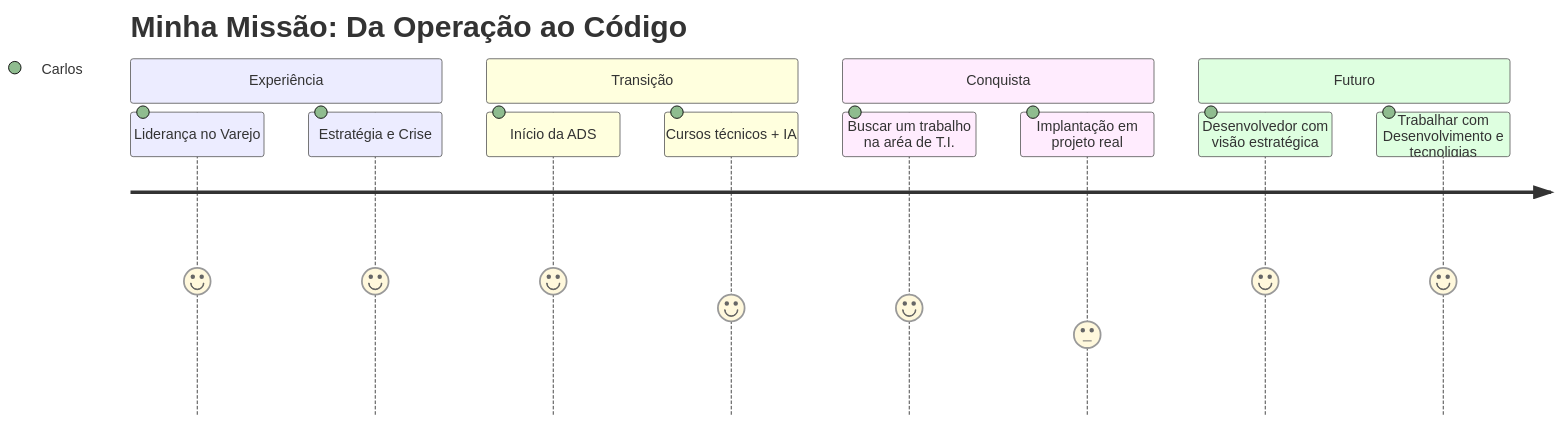
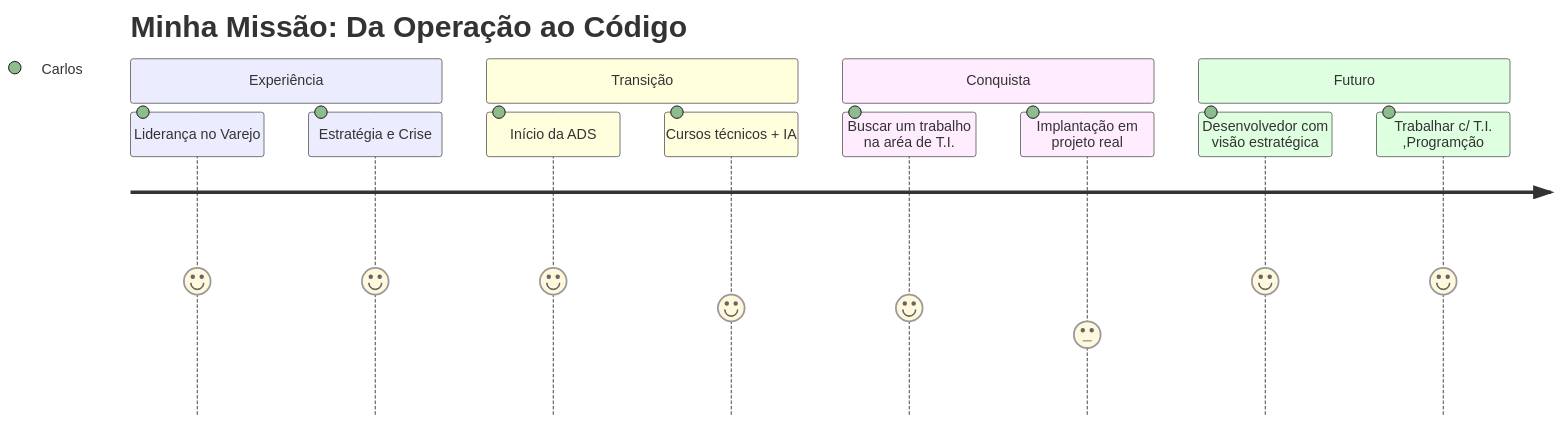
One commit to KarlosBastian/KarlosBastianS changed the diagram in README.md. Above: the diagram before and after it, drawn with Mermaid. The commit also changed other lines of this file, not shown here.

````diff
--- a/README.md
+++ b/README.md
@@ -88,16 +88,16 @@
 ```mermaid
 journey
     title Minha Missão: Da Operação ao Código
     section Experiência
       Liderança no Varejo: 5: Carlos
       Estratégia e Crise: 5: Carlos
     section Transição
       Início da ADS: 5: Carlos
       Cursos técnicos + IA: 4: Carlos
     section Conquista
       Buscar um trabalho na aréa de T.I.: 4: Carlos
       Implantação em projeto real: 3: Carlos
     section Futuro
       Desenvolvedor com visão estratégica: 5: Carlos
-      Trabalhar com Desenvolvimento e tecnoligias: 5: Carlos
+      Trabalhar c/ T.I. ,Programção: 5: Carlos
 ```
````
